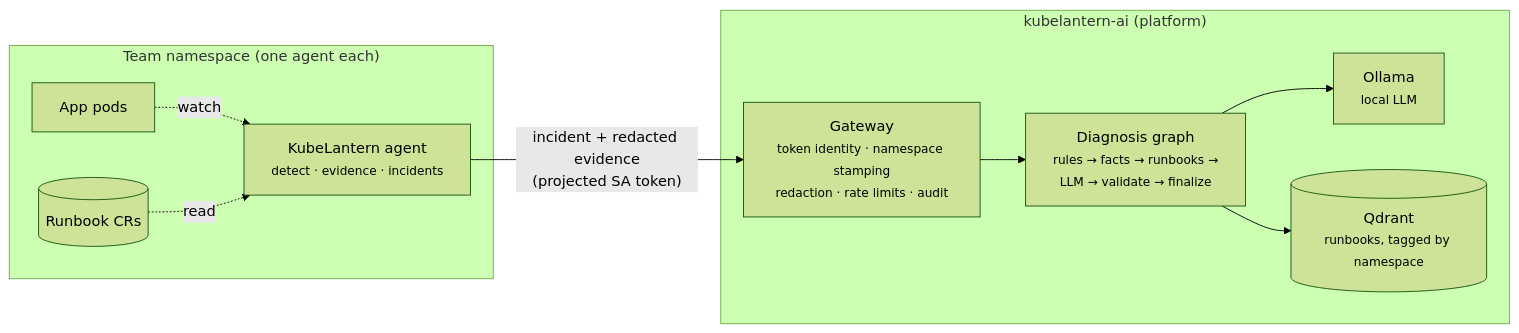
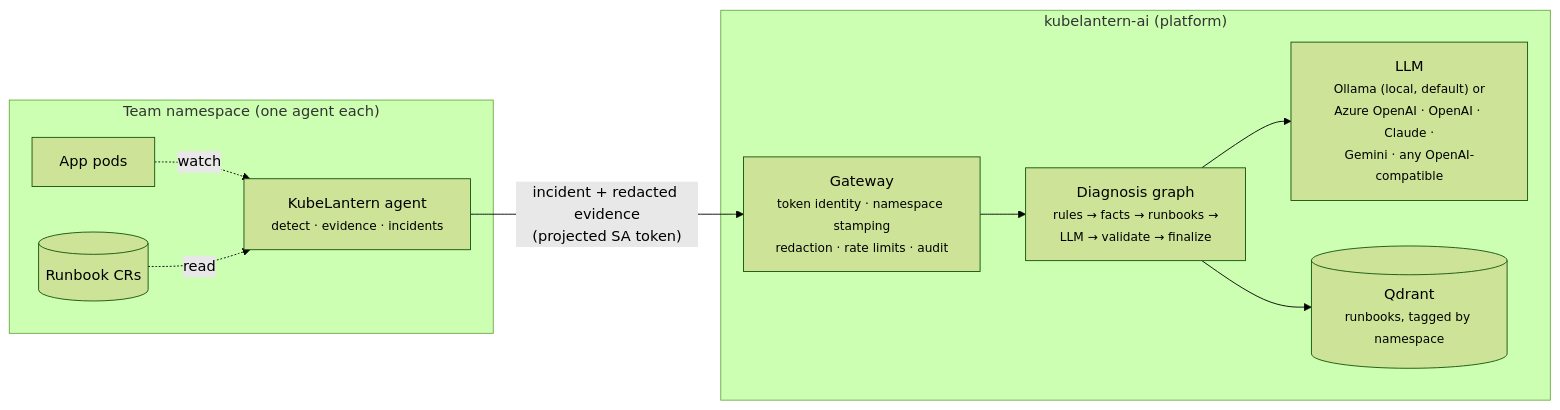
One commit to rohitshalgar11/KubeLantern changed the diagram in README.md. Above: the diagram before and after it, drawn with Mermaid (forest theme). The commit also changed other lines of this file and 1 other file, not shown here.

````diff
--- a/README.md
+++ b/README.md
@@ -110,16 +113,16 @@
 ```mermaid
 flowchart LR
     subgraph team["Team namespace (one agent each)"]
         pods["App pods"] -. watch .-> agent["KubeLantern agent<br/><small>detect · evidence · incidents</small>"]
         rb[("Runbook CRs")] -. read .-> agent
     end
     subgraph ai["kubelantern-ai (platform)"]
         gw["Gateway<br/><small>token identity · namespace stamping<br/>redaction · rate limits · audit</small>"]
         dg["Diagnosis graph<br/><small>rules → facts → runbooks →<br/>LLM → validate → finalize</small>"]
-        llm["Ollama<br/><small>local LLM</small>"]
+        llm["LLM<br/><small>Ollama (local, default) or<br/>Azure OpenAI · OpenAI · Claude ·<br/>Gemini · any OpenAI-compatible</small>"]
         q[("Qdrant<br/><small>runbooks, tagged by namespace</small>")]
         gw --> dg --> llm
         dg --> q
     end
     agent -- "incident + redacted evidence<br/>(projected SA token)" --> gw
 ```
````
